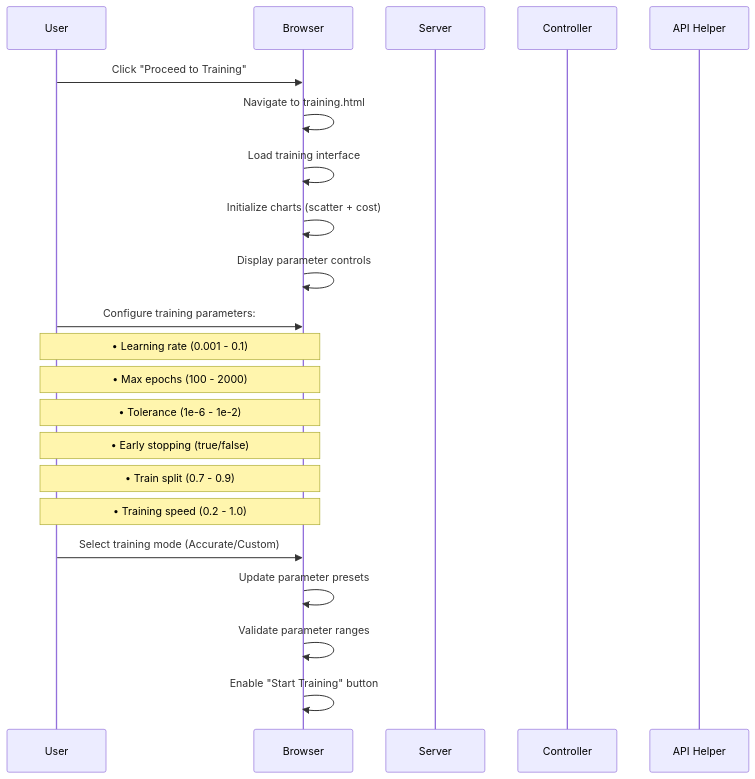
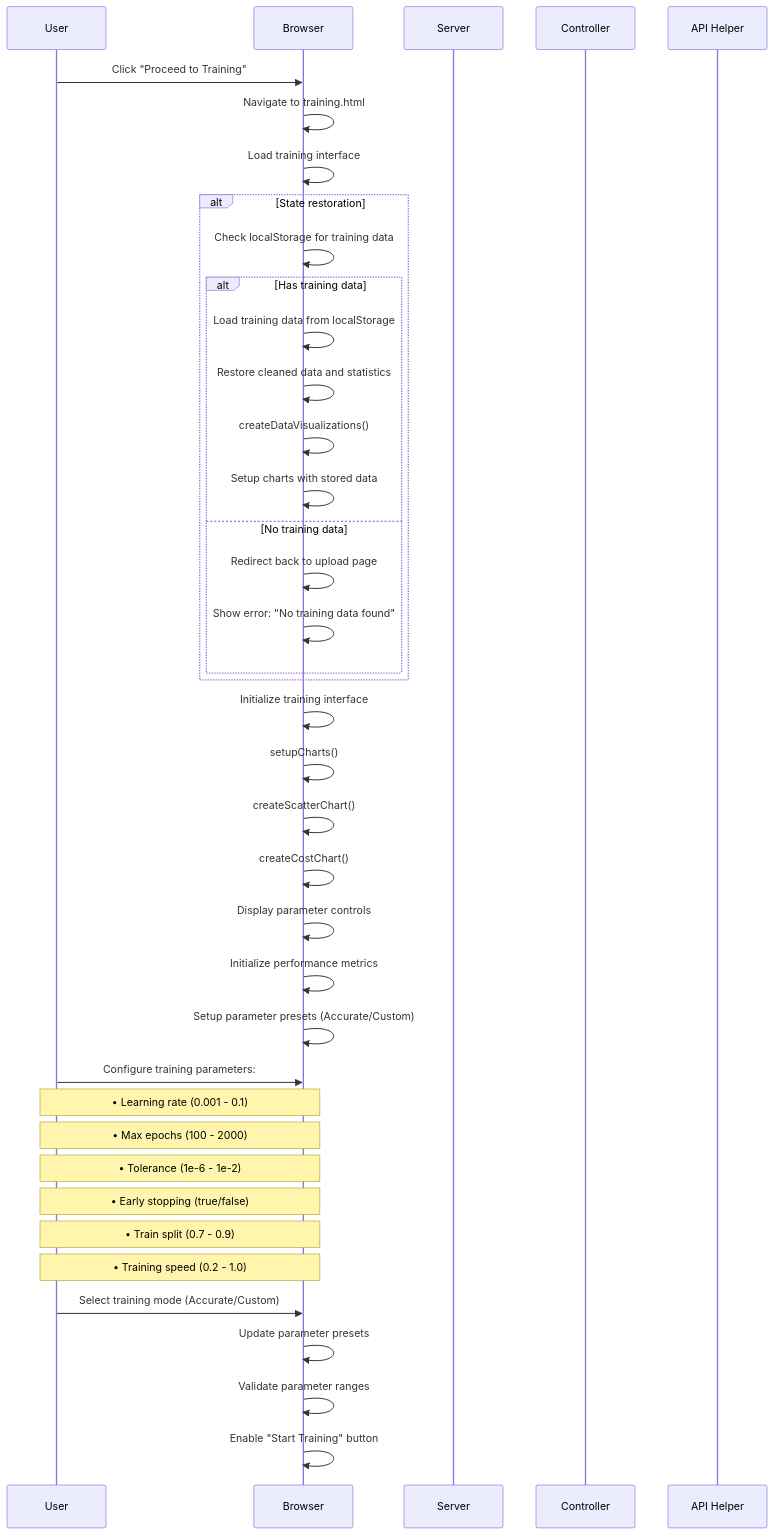
The eighth of 10 diagrams in sequence_diagram.md (Rameel-Ahmed/linear-regression-final), drawn with Mermaid before and after one commit. The commit also changed other lines of this file, not shown here.

````diff
--- a/sequence_diagram.md
+++ b/sequence_diagram.md
@@ -80,27 +373,47 @@
 ```mermaid
 sequenceDiagram
     participant U as User
     participant B as Browser
     participant S as Server
     participant C as Controller
     participant H as API Helper
 
     U->>B: Click "Proceed to Training"
     B->>B: Navigate to training.html
     B->>B: Load training interface
-    B->>B: Initialize charts (scatter + cost)
+    
+    alt State restoration
+        B->>B: Check localStorage for training data
+        
+        alt Has training data
+            B->>B: Load training data from localStorage
+            B->>B: Restore cleaned data and statistics
+            B->>B: createDataVisualizations()
+            B->>B: Setup charts with stored data
+        else No training data
+            B->>B: Redirect back to upload page
+            B->>B: Show error: "No training data found"
+        end
+    end
+    
+    B->>B: Initialize training interface
+    B->>B: setupCharts()
+    B->>B: createScatterChart()
+    B->>B: createCostChart()
     B->>B: Display parameter controls
+    B->>B: Initialize performance metrics
+    B->>B: Setup parameter presets (Accurate/Custom)
     
     U->>B: Configure training parameters:
     Note over U,B: • Learning rate (0.001 - 0.1)
     Note over U,B: • Max epochs (100 - 2000)
     Note over U,B: • Tolerance (1e-6 - 1e-2)
     Note over U,B: • Early stopping (true/false)
     Note over U,B: • Train split (0.7 - 0.9)
     Note over U,B: • Training speed (0.2 - 1.0)
     
     U->>B: Select training mode (Accurate/Custom)
     B->>B: Update parameter presets
     B->>B: Validate parameter ranges
     B->>B: Enable "Start Training" button
 ```
````
